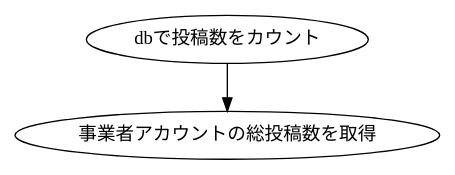
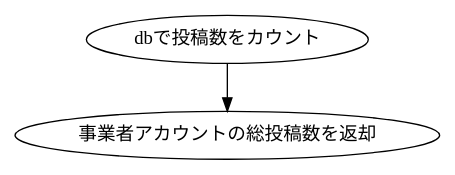
The diagram in dot/sato/BusinessGetTotalPostNumber.dot (KUT-Group12/internal_design), drawn with Graphviz before and after one commit.

Commit message:
WIP: save changes

```diff
--- a/dot/sato/BusinessGetTotalPostNumber.dot
+++ b/dot/sato/BusinessGetTotalPostNumber.dot
@@ -1,8 +1,8 @@
 digraph G {
     #include "style.doth"
 
     db[label = "dbで投稿数をカウント"]
-    post[label = "事業者アカウントの総投稿数を取得"]
+    post[label = "事業者アカウントの総投稿数を返却"]
 
     db -> post
 }
```
